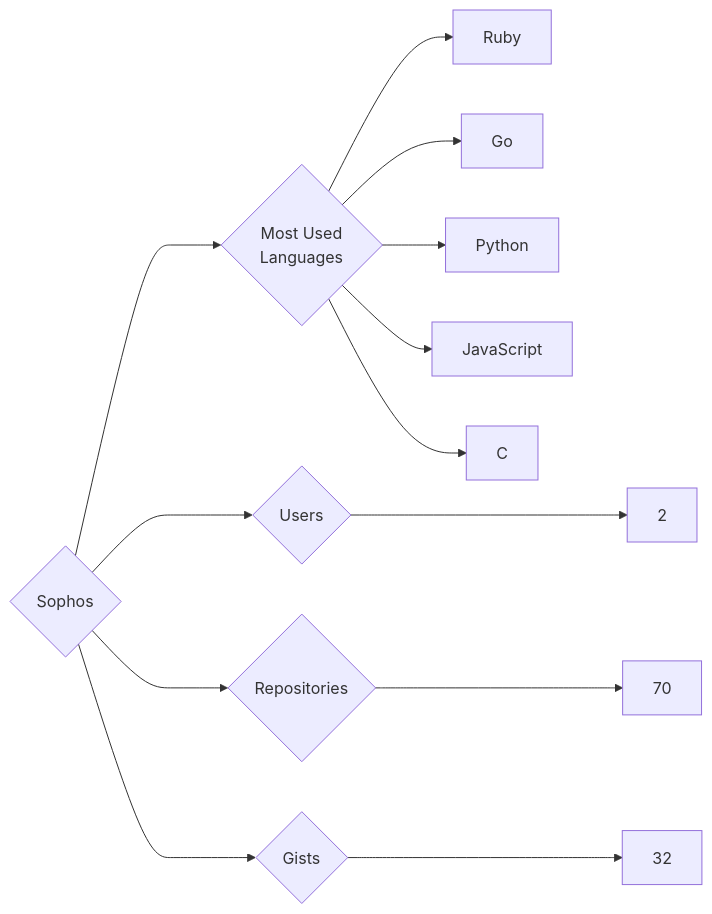
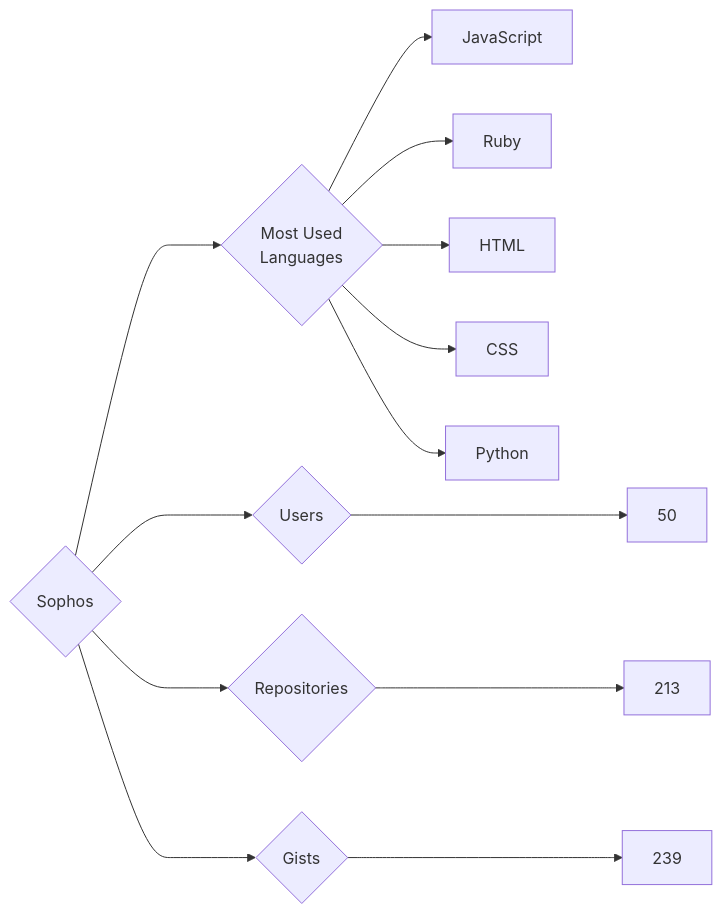
The diagram in targets/Sophos/README.md (trickest/insiders), drawn with Mermaid before and after one commit. The commit also changed 748 other files, not shown here.

````diff
--- a/targets/Sophos/README.md
+++ b/targets/Sophos/README.md
@@ -3,13 +3,13 @@
 ```mermaid
 graph LR
 COMPANY_NAME{Sophos}
-COMPANY_NAME ---> U{Users} ---> UN[2]
-COMPANY_NAME ---> R{Repositories} ---> RN[70]
-COMPANY_NAME ---> G{Gists} ---> GN[32]
+COMPANY_NAME ---> U{Users} ---> UN[50]
+COMPANY_NAME ---> R{Repositories} ---> RN[213]
+COMPANY_NAME ---> G{Gists} ---> GN[239]
 COMPANY_NAME ---> ML{Most Used<br>Languages}
+ML --> JavaScript[JavaScript]
 ML --> Ruby[Ruby]
-ML --> Go[Go]
+ML --> HTML[HTML]
+ML --> CSS[CSS]
 ML --> Python[Python]
-ML --> JavaScript[JavaScript]
-ML --> C[C]
 ```
````
